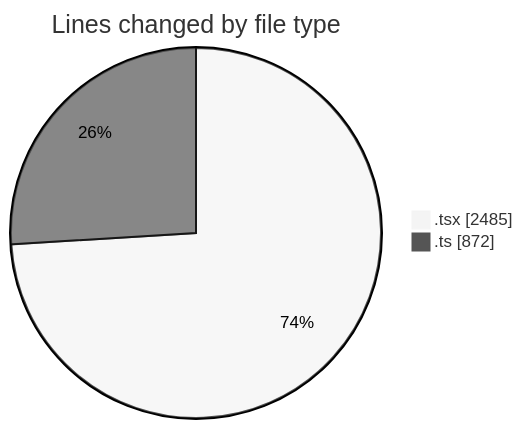
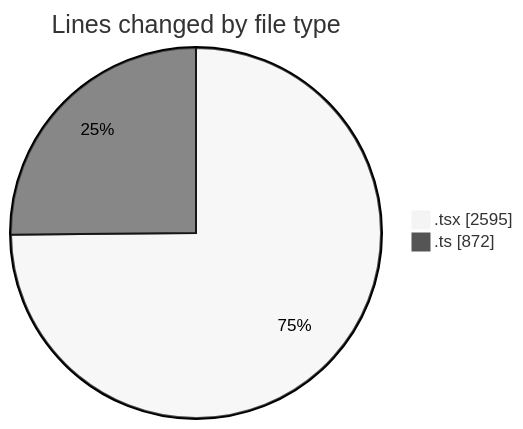
The first of 2 diagrams in 2026-02-19/nxtqube_webapp/README.md (nxtqubesakshisongat/code-tracking), drawn with Mermaid (neutral theme) before and after one commit. The commit also changed other lines of this file and 1 other file, not shown here.

````diff
--- a/2026-02-19/nxtqube_webapp/README.md
+++ b/2026-02-19/nxtqube_webapp/README.md
@@ -26,6 +26,6 @@
 ```mermaid
 pie showData
 title Lines changed by file type
-".tsx" : 2485
+".tsx" : 2595
 ".ts" : 872
 ```
````
